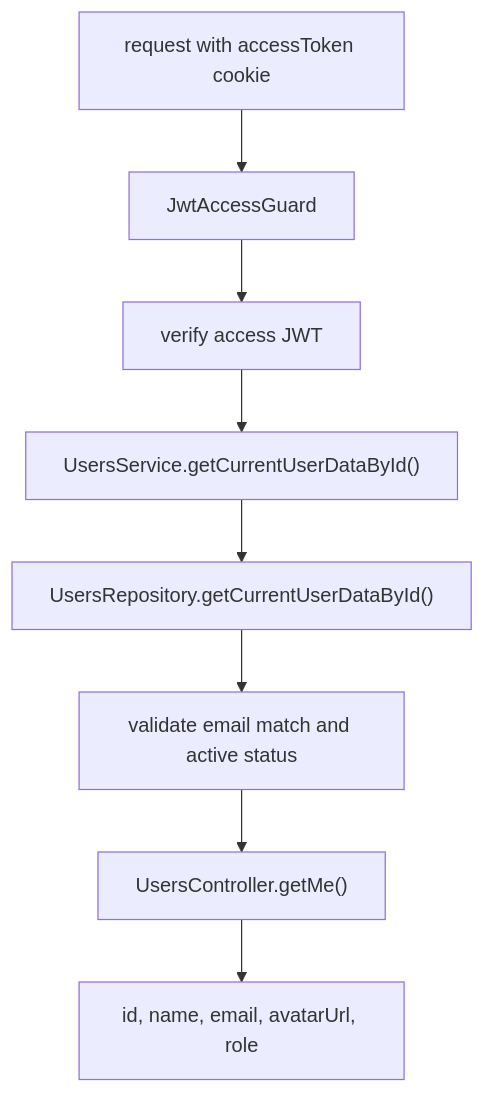
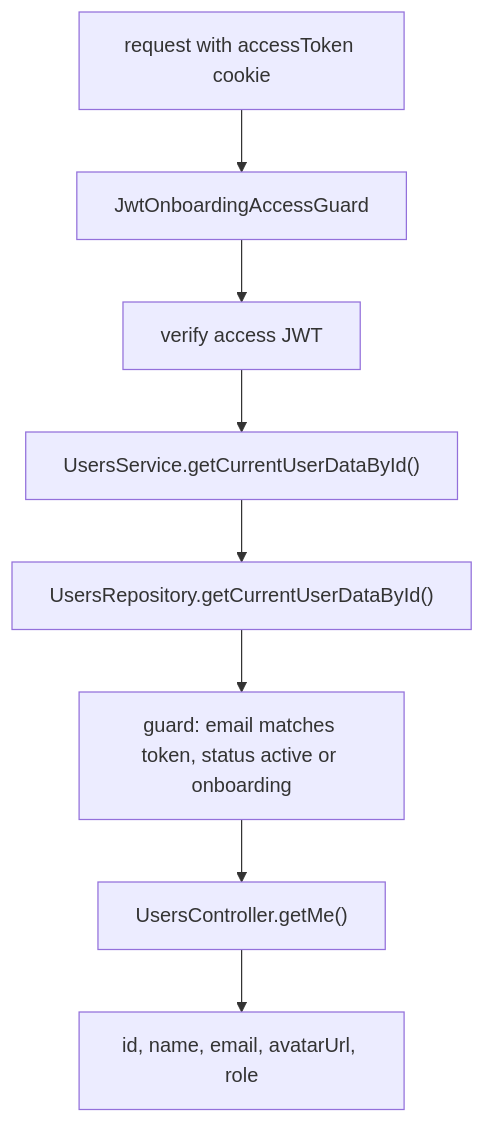
The diagram in back/docs/users/me-endpoint.md (KaterynaKocheharova/Practice-app), drawn with Mermaid before and after one commit. The commit also changed other lines of this file and 17 other files, not shown here.

````diff
--- a/back/docs/users/me-endpoint.md
+++ b/back/docs/users/me-endpoint.md
@@ -25,10 +25,10 @@
 ```mermaid
 flowchart TD
-  Request["request with accessToken cookie"] --> Guard["JwtAccessGuard"]
+  Request["request with accessToken cookie"] --> Guard["JwtOnboardingAccessGuard"]
   Guard --> Token["verify access JWT"]
   Token --> Lookup["UsersService.getCurrentUserDataById()"]
   Lookup --> Repository["UsersRepository.getCurrentUserDataById()"]
-  Repository --> Validate["validate email match and active status"]
+  Repository --> Validate["guard: email matches token, status active or onboarding"]
   Validate --> Controller["UsersController.getMe()"]
   Controller --> Response["id, name, email, avatarUrl, role"]
 ```
````
